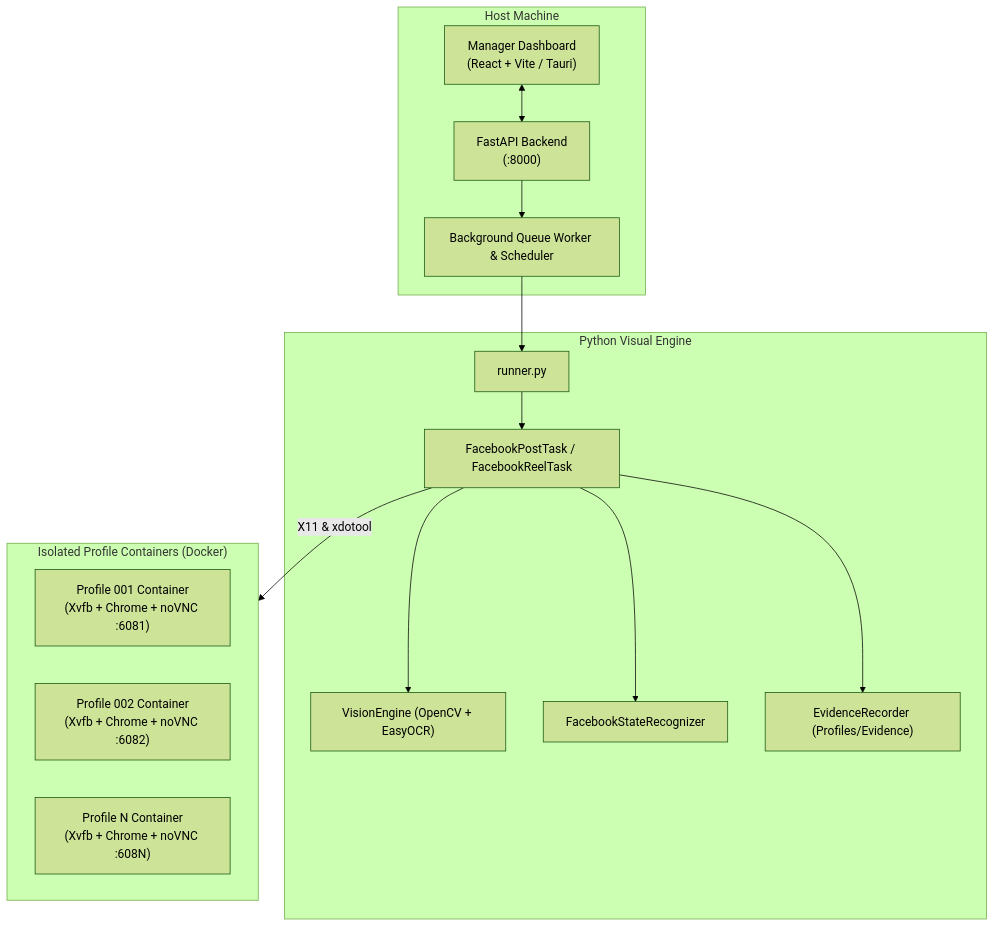
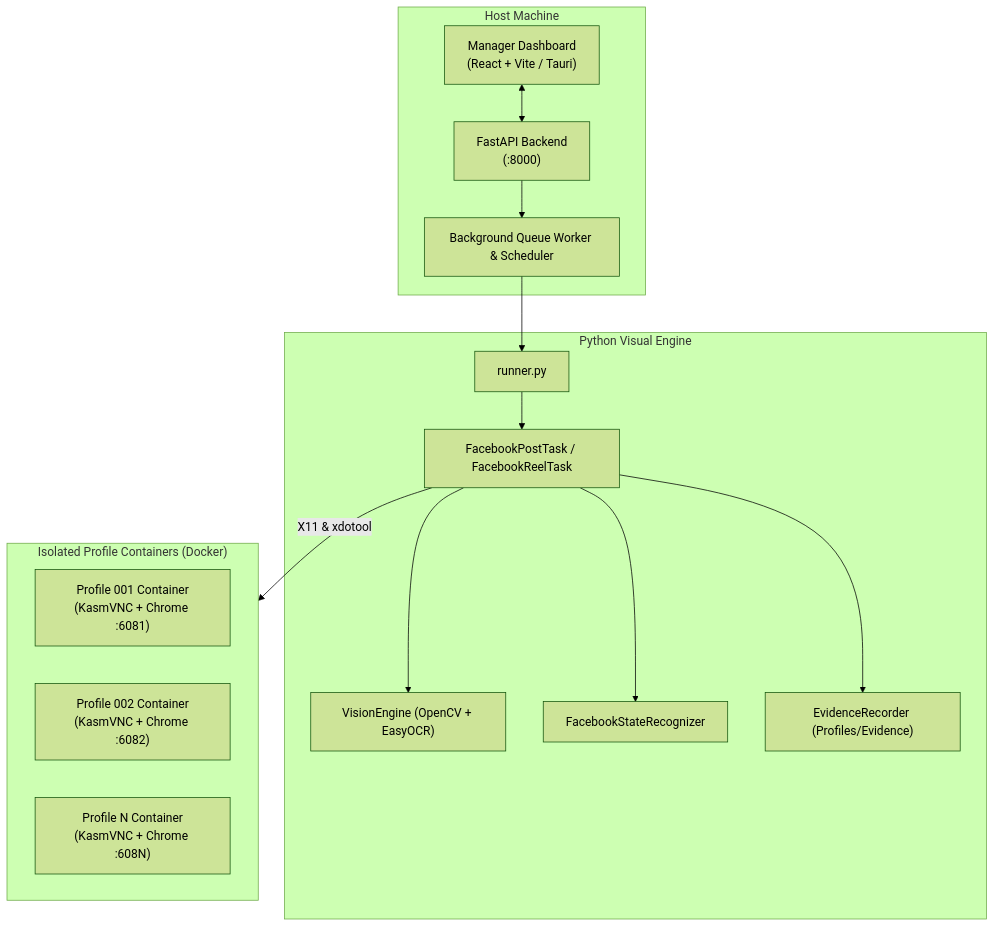
Before and after one commit to rathana-pvs/anti_bot_browser: the diagram in README.md, drawn with Mermaid (forest theme). The commit also changed other lines of this file and 11 other files, not shown here.

Commit message:
feat: migrate container display and embedded viewer from noVNC to KasmVNC

````diff
--- a/README.md
+++ b/README.md
@@ -44,31 +45,31 @@
 ```mermaid
 flowchart TD
     subgraph Host["Host Machine"]
         ManagerApp["Manager Dashboard<br/>(React + Vite / Tauri)"]
         Backend["FastAPI Backend<br/>(:8000)"]
         QueueWorker["Background Queue Worker & Scheduler"]
     end
 
     subgraph Automation["Python Visual Engine"]
         Runner["runner.py"]
         Vision["VisionEngine (OpenCV + EasyOCR)"]
         Recognizer["FacebookStateRecognizer"]
         Evidence["EvidenceRecorder (Profiles/Evidence)"]
         Tasks["FacebookPostTask / FacebookReelTask"]
     end
 
     subgraph Containers["Isolated Profile Containers (Docker)"]
-        Profile1["Profile 001 Container<br/>(Xvfb + Chrome + noVNC :6081)"]
-        Profile2["Profile 002 Container<br/>(Xvfb + Chrome + noVNC :6082)"]
-        ProfileN["Profile N Container<br/>(Xvfb + Chrome + noVNC :608N)"]
+        Profile1["Profile 001 Container<br/>(KasmVNC + Chrome :6081)"]
+        Profile2["Profile 002 Container<br/>(KasmVNC + Chrome :6082)"]
+        ProfileN["Profile N Container<br/>(KasmVNC + Chrome :608N)"]
     end
 
     ManagerApp <--> Backend
     Backend --> QueueWorker
     QueueWorker --> Runner
     Runner --> Tasks
     Tasks --> Vision
     Tasks --> Recognizer
     Tasks --> Evidence
     Tasks -- "X11 & xdotool" --> Containers
 ```
````
